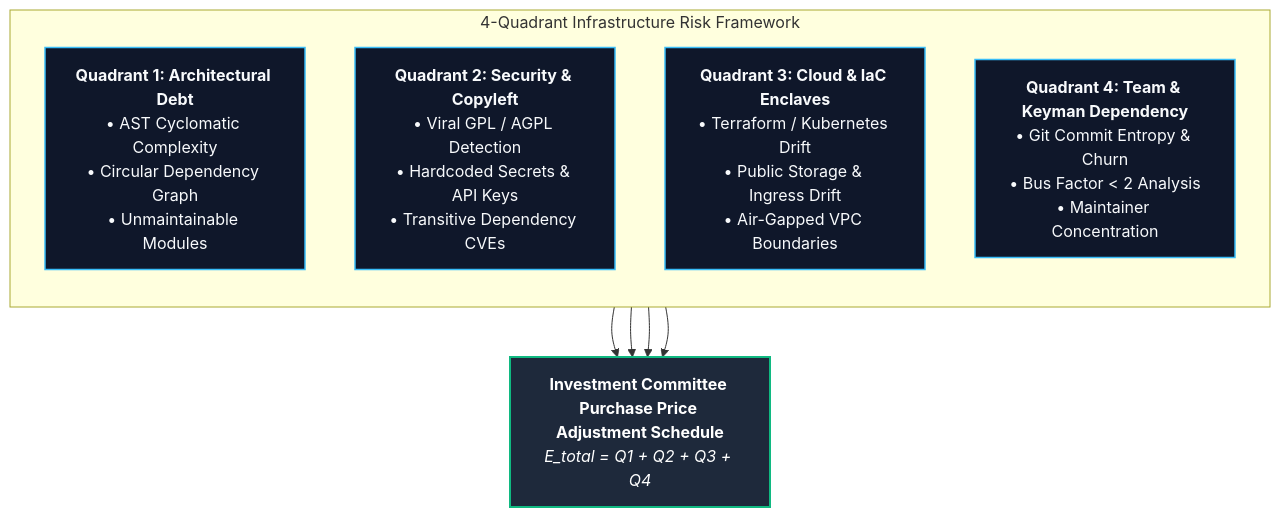
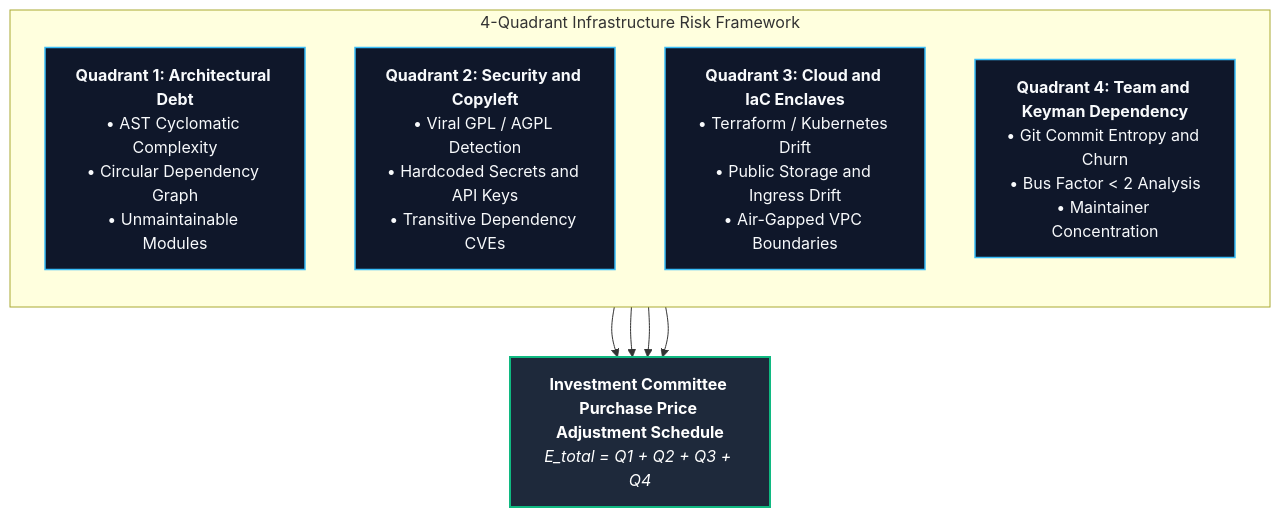
One commit to agiphi/veridence-sovereign-engine changed the diagram in docs/4-QUADRANT-FRAMEWORK.md. Above: the diagram before and after it, drawn with Mermaid. The commit also changed other lines of this file and 1 other file, not shown here.

Commit message:
fix(math): eliminate ampersands in LaTeX formulas and clean up inline math notation

````diff
--- a/docs/4-QUADRANT-FRAMEWORK.md
+++ b/docs/4-QUADRANT-FRAMEWORK.md
@@ -15,20 +15,20 @@
 ```mermaid
 flowchart TD
     subgraph QuantEngine["4-Quadrant Infrastructure Risk Framework"]
         direction TB
         Q1["<b>Quadrant 1: Architectural Debt</b><br/>• AST Cyclomatic Complexity<br/>• Circular Dependency Graph<br/>• Unmaintainable Modules"]
-        Q2["<b>Quadrant 2: Security & Copyleft</b><br/>• Viral GPL / AGPL Detection<br/>• Hardcoded Secrets & API Keys<br/>• Transitive Dependency CVEs"]
-        Q3["<b>Quadrant 3: Cloud & IaC Enclaves</b><br/>• Terraform / Kubernetes Drift<br/>• Public Storage & Ingress Drift<br/>• Air-Gapped VPC Boundaries"]
-        Q4["<b>Quadrant 4: Team & Keyman Dependency</b><br/>• Git Commit Entropy & Churn<br/>• Bus Factor &lt; 2 Analysis<br/>• Maintainer Concentration"]
+        Q2["<b>Quadrant 2: Security and Copyleft</b><br/>• Viral GPL / AGPL Detection<br/>• Hardcoded Secrets and API Keys<br/>• Transitive Dependency CVEs"]
+        Q3["<b>Quadrant 3: Cloud and IaC Enclaves</b><br/>• Terraform / Kubernetes Drift<br/>• Public Storage and Ingress Drift<br/>• Air-Gapped VPC Boundaries"]
+        Q4["<b>Quadrant 4: Team and Keyman Dependency</b><br/>• Git Commit Entropy and Churn<br/>• Bus Factor &lt; 2 Analysis<br/>• Maintainer Concentration"]
     end
 
     Q1 --> Schedule["<b>Investment Committee Purchase Price Adjustment Schedule</b><br/><i>E_total = Q1 + Q2 + Q3 + Q4</i>"]
     Q2 --> Schedule
     Q3 --> Schedule
     Q4 --> Schedule
 
     classDef quad fill:#0f172a,stroke:#38bdf8,stroke-width:1.5px,color:#f8fafc;
     classDef sched fill:#1e293b,stroke:#10b981,stroke-width:2px,color:#ffffff;
     class Q1,Q2,Q3,Q4 quad;
     class Schedule sched;
 ```
````
